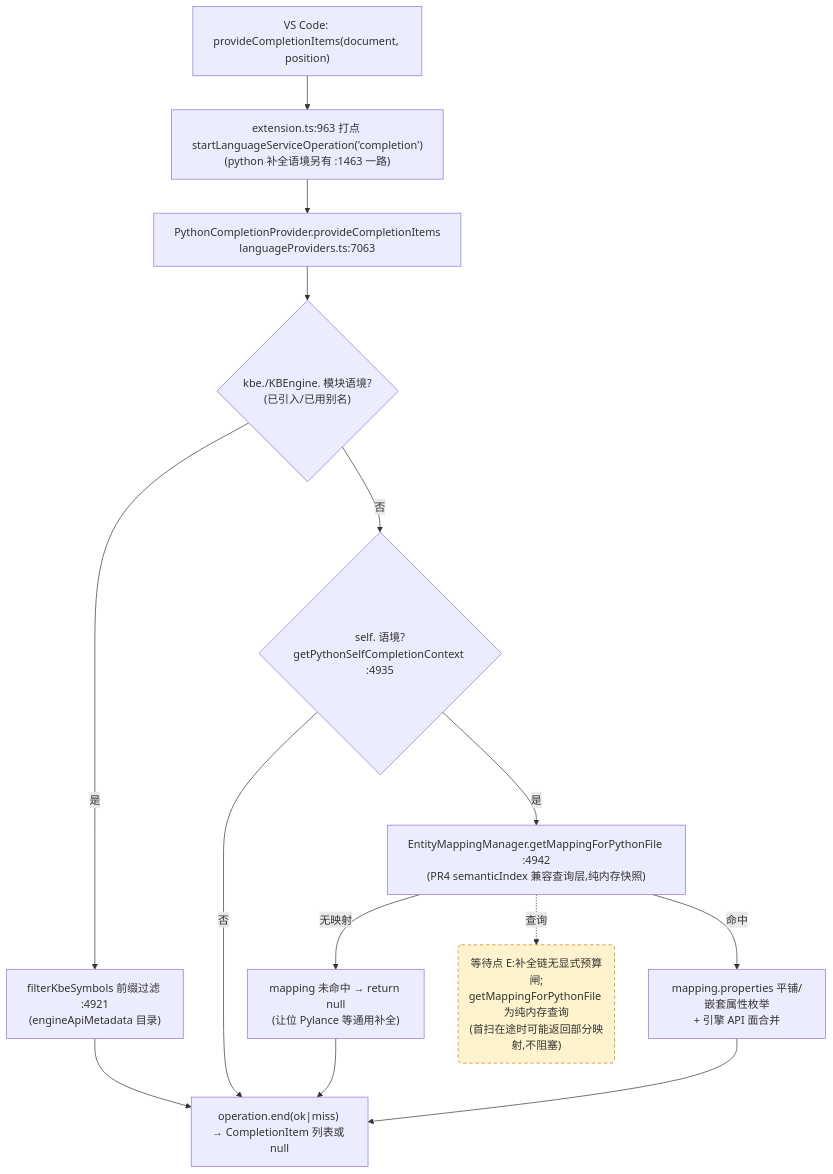
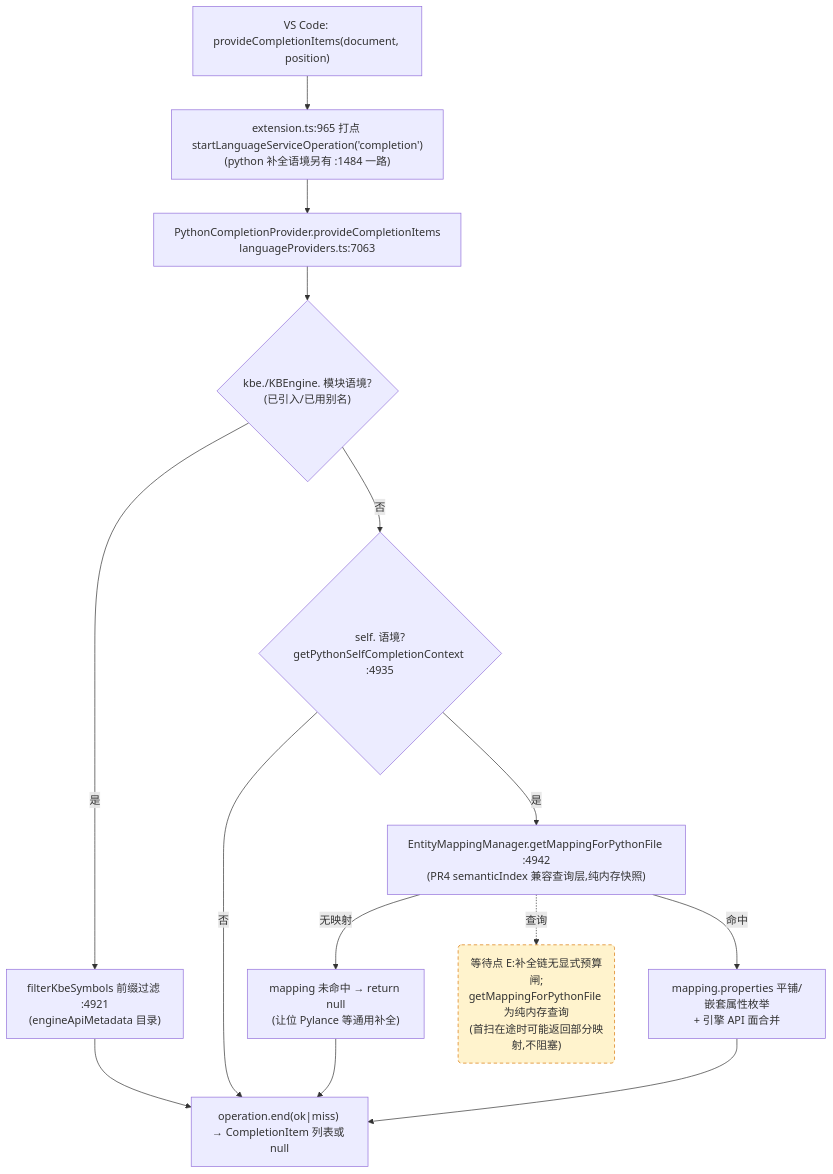
One commit to cuihairu/kode changed the third of 4 diagrams in docs/perf/2026-baseline.md. Above: the diagram before and after it, drawn with Mermaid. The commit also changed other lines of this file and 5 other files, not shown here.

````diff
--- a/docs/perf/2026-baseline.md
+++ b/docs/perf/2026-baseline.md
@@ -184,27 +184,27 @@
 ```mermaid
 flowchart TD
   VC3["VS Code: provideCompletionItems(document, position)"]
-  M3["extension.ts:963 打点 startLanguageServiceOperation('completion')<br/>(python 补全语境另有 :1463 一路)"]
+  M3["extension.ts:965 打点 startLanguageServiceOperation('completion')<br/>(python 补全语境另有 :1484 一路)"]
   CP["PythonCompletionProvider.provideCompletionItems<br/>languageProviders.ts:7063"]
   KBEC{"kbe./KBEngine. 模块语境?<br/>(已引入/已用别名)"}
   FILTER["filterKbeSymbols 前缀过滤 :4921<br/>(engineApiMetadata 目录)"]
   SELFC{"self. 语境?<br/>getPythonSelfCompletionContext :4935"}
   MAP["EntityMappingManager.getMappingForPythonFile :4942<br/>(PR4 semanticIndex 兼容查询层,纯内存快照)"]
   NOMAP["mapping 未命中 → return null<br/>(让位 Pylance 等通用补全)"]
   PROPS["mapping.properties 平铺/嵌套属性枚举<br/>+ 引擎 API 面合并"]
   END3["operation.end(ok|miss) → CompletionItem 列表或 null"]
 
   VC3 --> M3 --> CP --> KBEC
   KBEC -- "是" --> FILTER --> END3
   KBEC -- "否" --> SELFC
   SELFC -- "否" --> END3
   SELFC -- "是" --> MAP
   MAP -- "无映射" --> NOMAP --> END3
   MAP -- "命中" --> PROPS --> END3
 
   WAITE("等待点 E:补全链无显式预算闸;<br/>getMappingForPythonFile 为纯内存查询<br/>(首扫在途时可能返回部分映射,不阻塞)")
   MAP -.->|查询| WAITE
 
   classDef waitPoint fill:#fff3cd,stroke:#d97706,stroke-dasharray:5 4;
   class WAITE waitPoint;
 ```
````
